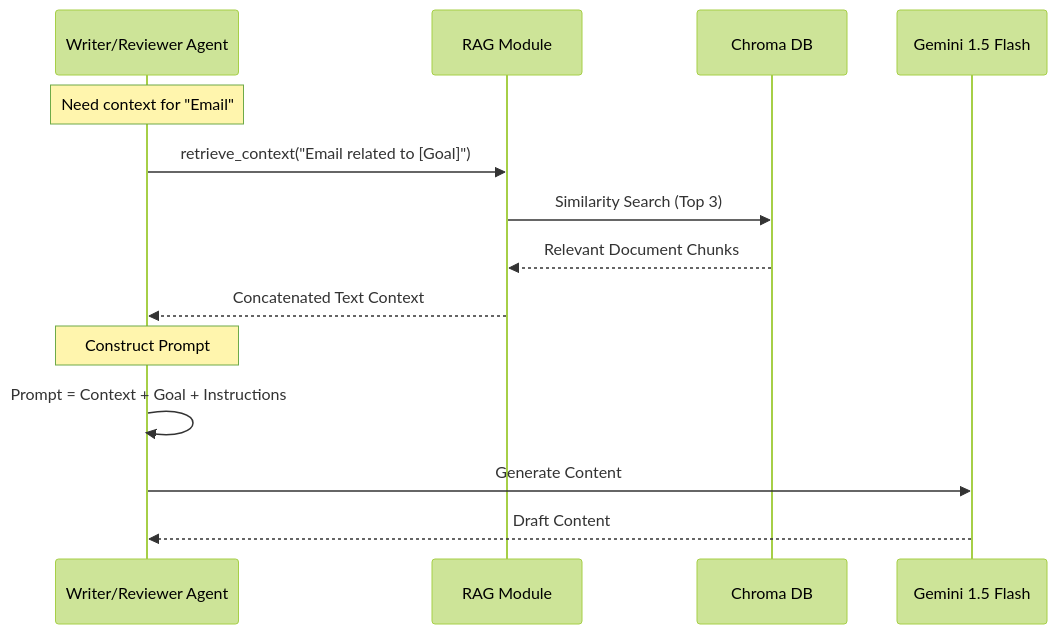
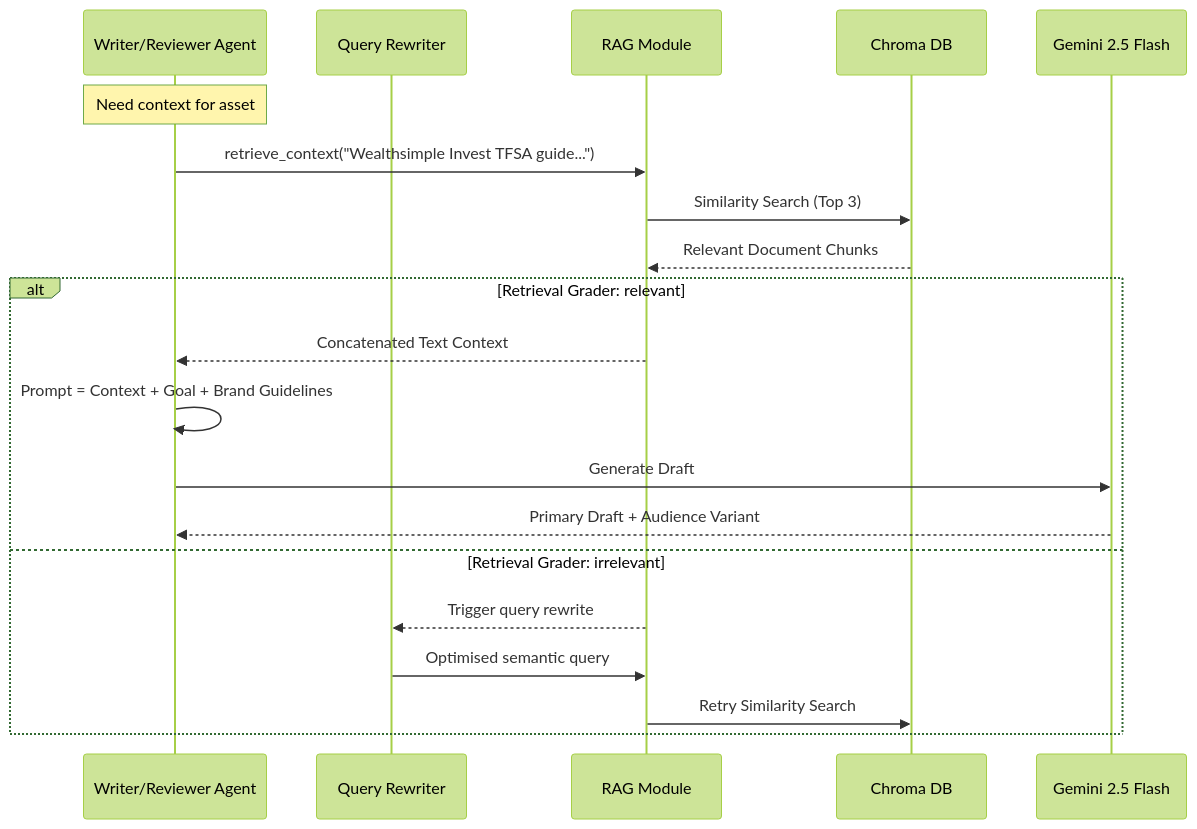
Before and after one commit to Chaitanya-0310/Multi_Model_AI_Agent: the fourth of 4 diagrams in rag_architecture.md, drawn with Mermaid (forest theme). The commit also changed other lines of this file and 17 other files, not shown here.

````diff
--- a/rag_architecture.md
+++ b/rag_architecture.md
@@ -136,19 +169,24 @@
 ```mermaid
 sequenceDiagram
     participant Agent as Writer/Reviewer Agent
+    participant QR as Query Rewriter
     participant Rag as RAG Module
     participant DB as Chroma DB
-    participant LLM as Gemini 1.5 Flash
+    participant LLM as Gemini 2.5 Flash
 
-    Note over Agent: Need context for "Email"
-    Agent->>Rag: retrieve_context("Email related to [Goal]")
+    Note over Agent: Need context for asset
+    Agent->>Rag: retrieve_context("Wealthsimple Invest TFSA guide...")
     Rag->>DB: Similarity Search (Top 3)
     DB-->>Rag: Relevant Document Chunks
-    Rag-->>Agent: Concatenated Text Context
-    
-    Note over Agent: Construct Prompt
-    Agent->>Agent: Prompt = Context + Goal + Instructions
-    
-    Agent->>LLM: Generate Content
-    LLM-->>Agent: Draft Content
+
+    alt Retrieval Grader: relevant
+        Rag-->>Agent: Concatenated Text Context
+        Agent->>Agent: Prompt = Context + Goal + Brand Guidelines
+        Agent->>LLM: Generate Draft
+        LLM-->>Agent: Primary Draft + Audience Variant
+    else Retrieval Grader: irrelevant
+        Rag-->>QR: Trigger query rewrite
+        QR->>Rag: Optimised semantic query
+        Rag->>DB: Retry Similarity Search
+    end
 ```
````
